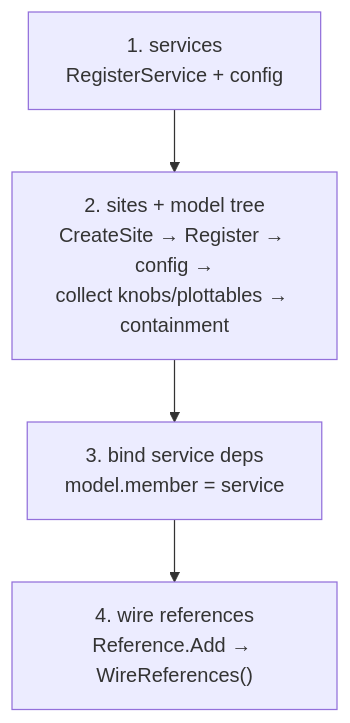
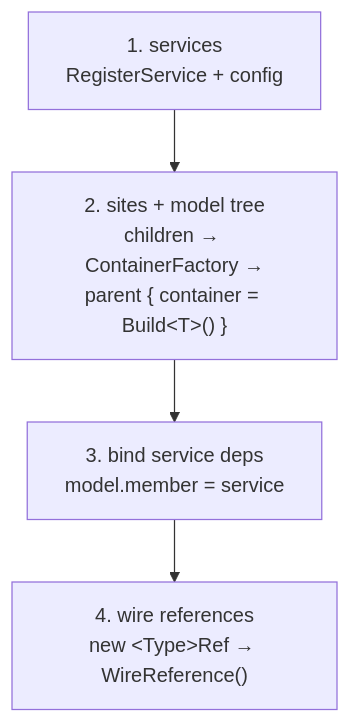
One commit to SimulaSharp-org/simulasharp-docs changed the second of 2 diagrams in public/content/the-assembly.md. Above: the diagram before and after it, drawn with Mermaid. The commit also changed other lines of this file and 21 other files, not shown here.

````diff
--- a/public/content/the-assembly.md
+++ b/public/content/the-assembly.md
@@ -183,6 +190,6 @@
 ```mermaid
 flowchart TB
-  S["1. services<br/>RegisterService + config"] --> ST["2. sites + model tree<br/>CreateSite → Register → config →<br/>collect knobs/plottables → containment"]
+  S["1. services<br/>RegisterService + config"] --> ST["2. sites + model tree<br/>children → ContainerFactory →<br/>parent { container = Build&lt;T&gt;() }"]
   ST --> D["3. bind service deps<br/>model.member = service"]
-  D --> R["4. wire references<br/>Reference.Add → WireReferences()"]
+  D --> R["4. wire references<br/>new &lt;Type&gt;Ref → WireReference()"]
 ```
````
